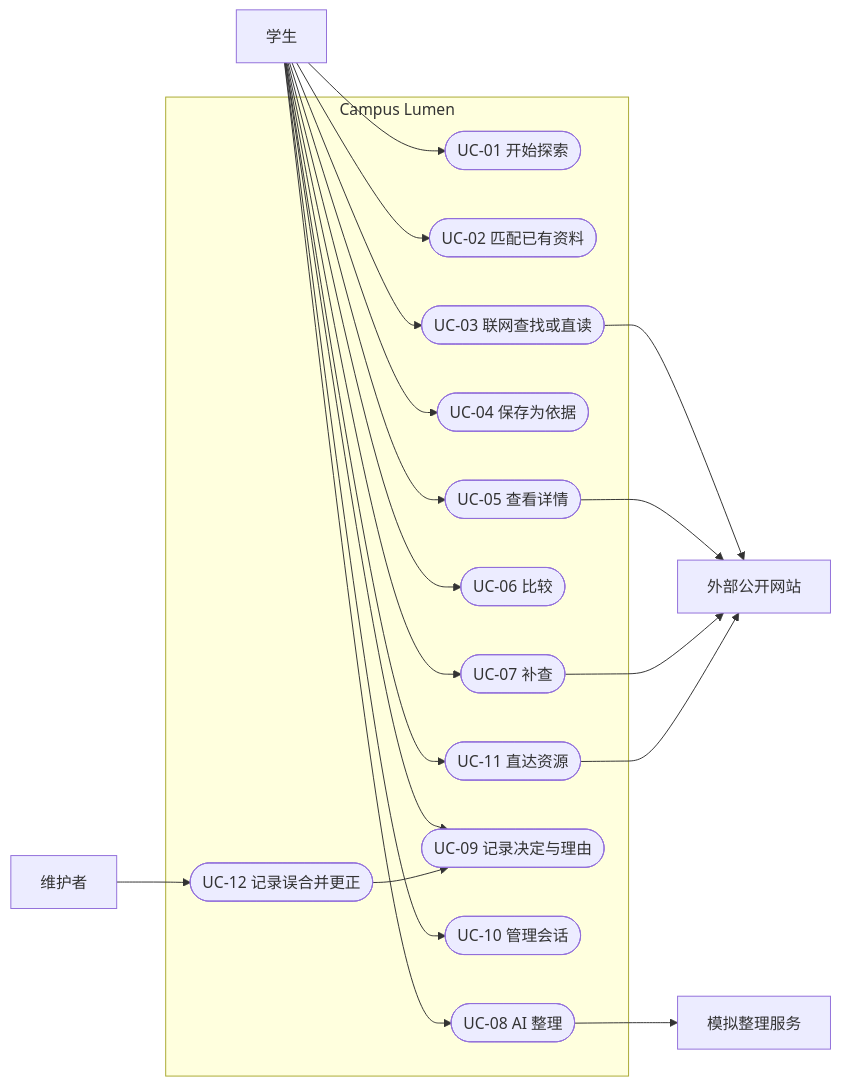
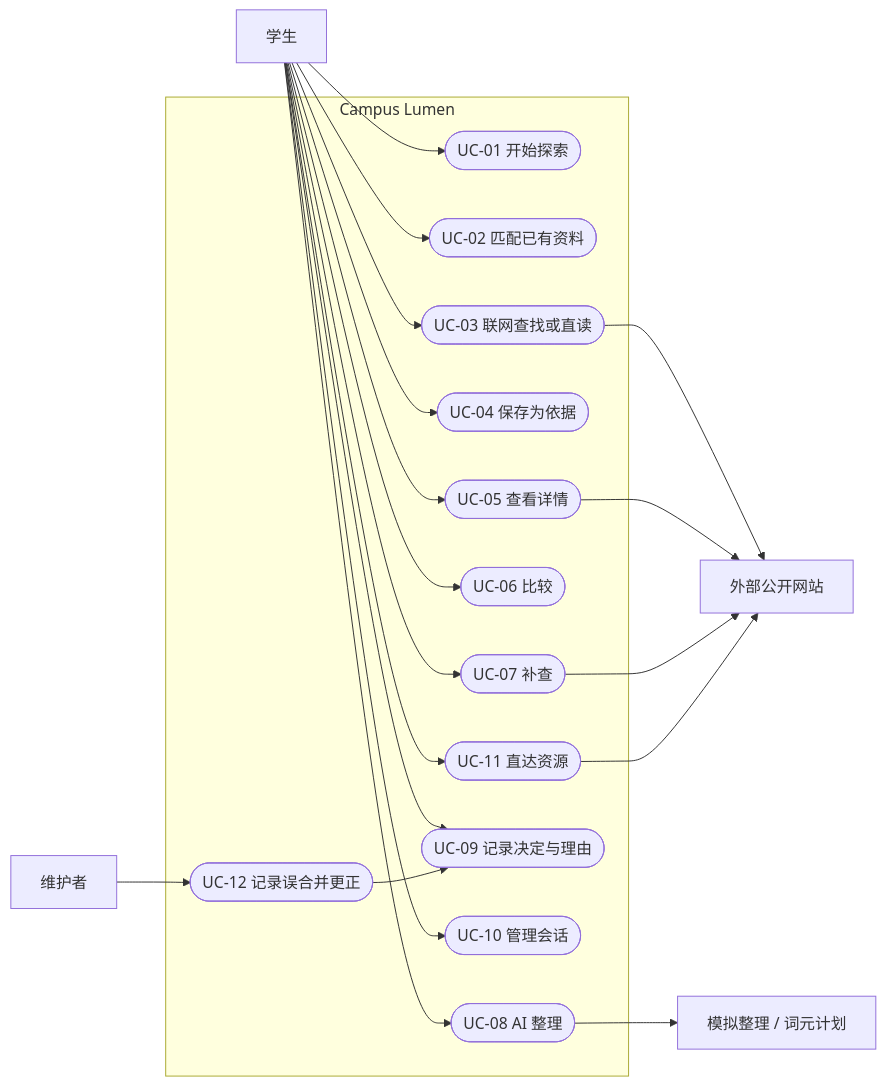
One commit to 114August514/campus-lumen changed the diagram in docs/project/requirements-spec.md. Above: the diagram before and after it, drawn with Mermaid. The commit also changed other lines of this file and 38 other files, not shown here.

````diff
--- a/docs/project/requirements-spec.md
+++ b/docs/project/requirements-spec.md
@@ -32,41 +32,41 @@
 ```mermaid
 flowchart LR
     student[学生]
     maintainer[维护者]
     websites[外部公开网站]
-    organizer[模拟整理服务]
+    organizer[模拟整理 / 词元计划]
 
     subgraph system[Campus Lumen]
         UC01([UC-01 开始探索])
         UC02([UC-02 匹配已有资料])
         UC03([UC-03 联网查找或直读])
         UC04([UC-04 保存为依据])
         UC05([UC-05 查看详情])
         UC06([UC-06 比较])
         UC07([UC-07 补查])
         UC08([UC-08 AI 整理])
         UC09([UC-09 记录决定与理由])
         UC10([UC-10 管理会话])
         UC11([UC-11 直达资源])
         UC12([UC-12 记录误合并更正])
     end
 
     student --> UC01
     student --> UC02
     student --> UC03
     student --> UC04
     student --> UC05
     student --> UC06
     student --> UC07
     student --> UC08
     student --> UC09
     student --> UC10
     student --> UC11
     maintainer --> UC12
     UC03 --> websites
     UC05 --> websites
     UC07 --> websites
     UC08 --> organizer
     UC11 --> websites
     UC12 --> UC09
 ```
````
